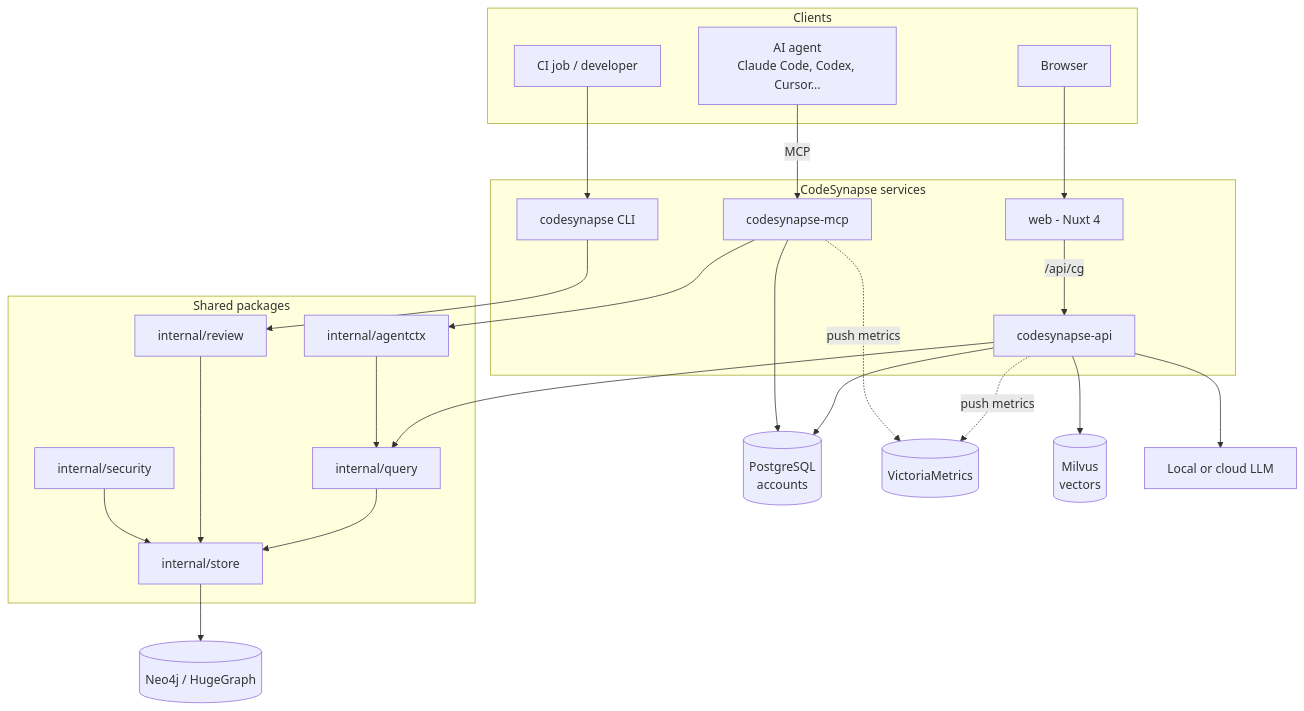
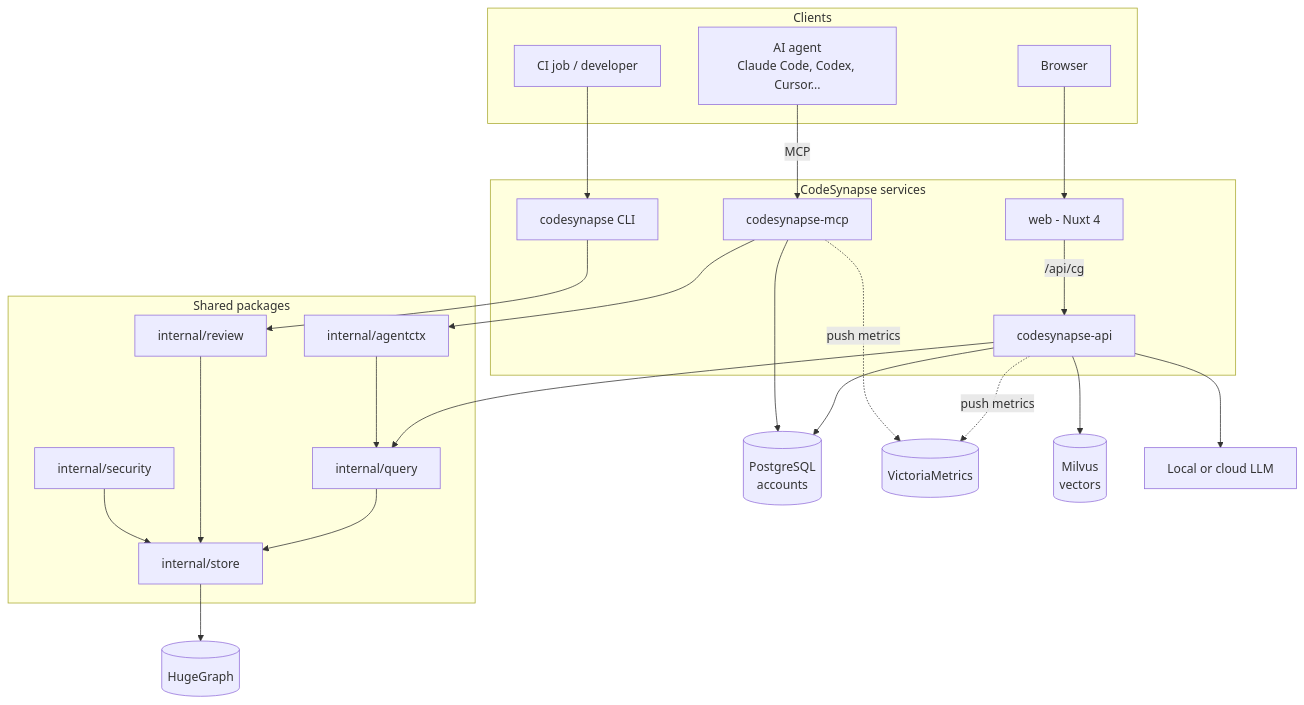
The first of 4 diagrams in docs/architecture/overview.md (astrona-io/codesynapse), drawn with Mermaid before and after one commit. The commit also changed other lines of this file and 53 other files, not shown here.

First line of the commit message:
refactor: remove Neo4j; HugeGraph with Milvus is the only graph database

````diff
--- a/docs/architecture/overview.md
+++ b/docs/architecture/overview.md
@@ -16,48 +17,48 @@
 ```mermaid
 flowchart TB
     subgraph clients[Clients]
         agent[AI agent<br/>Claude Code, Codex, Cursor...]
         browser[Browser]
         ci[CI job / developer]
     end
 
     subgraph services[CodeSynapse services]
         mcp[codesynapse-mcp]
         web[web - Nuxt 4]
         api[codesynapse-api]
         cli[codesynapse CLI]
     end
 
     subgraph shared[Shared packages]
         query[internal/query]
         agentctx[internal/agentctx]
         review[internal/review]
         security[internal/security]
         store[internal/store]
     end
 
-    neo[(Neo4j / HugeGraph)]
+    neo[(HugeGraph)]
     pg[(PostgreSQL<br/>accounts)]
     vm[(VictoriaMetrics)]
     milvus[(Milvus<br/>vectors)]
     llm[Local or cloud LLM]
 
     agent -- MCP --> mcp
     browser --> web -- "/api/cg" --> api
     ci --> cli
 
     mcp --> agentctx
     api --> query
     cli --> review
     agentctx --> query
     query --> store
     review --> store
     security --> store
     store --> neo
     api --> pg
     mcp --> pg
     api --> llm
     api --> milvus
     api -. push metrics .-> vm
     mcp -. push metrics .-> vm
 ```
````
